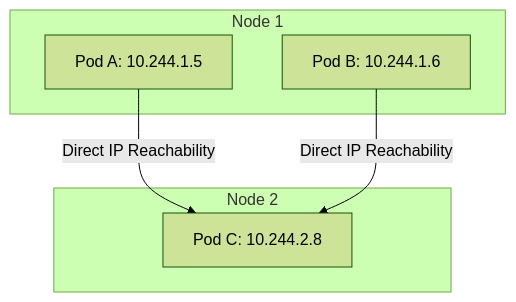
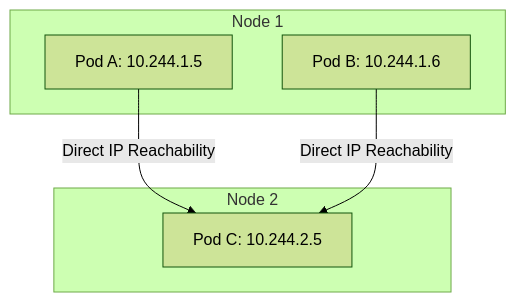
One commit to SRodi/srodi.github.io changed the third of 8 diagrams in _posts/2025-08-13-kubernetes-networking-series-part-1.md. Above: the diagram before and after it, drawn with Mermaid (forest theme). The commit also changed other lines of this file and 1 other file, not shown here.

````diff
--- a/_posts/2025-08-13-kubernetes-networking-series-part-1.md
+++ b/_posts/2025-08-13-kubernetes-networking-series-part-1.md
@@ -155,12 +155,12 @@
 ```mermaid
 graph TD
     subgraph Node1 [Node 1]
         PodA[Pod A: 10.244.1.5]
         PodB[Pod B: 10.244.1.6]
     end
     subgraph Node2 [Node 2]
-        PodC[Pod C: 10.244.2.8]
+        PodC[Pod C: 10.244.2.5]
     end
     PodA -- Direct IP Reachability --> PodC
     PodB -- Direct IP Reachability --> PodC
 ```
````
